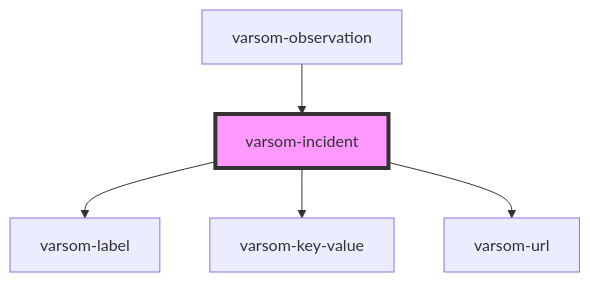
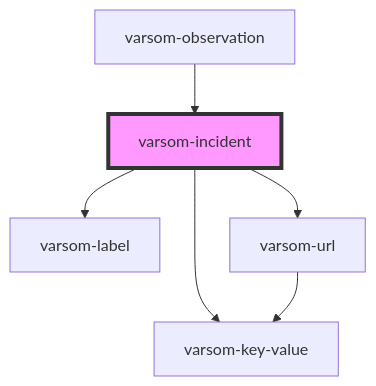
Before and after one commit to NVE/varsom-observation: the diagram in observasjonskort/src/components/varsom-incident/readme.md, drawn with Mermaid. The commit also changed 9 other files, not shown here.

````diff
--- a/observasjonskort/src/components/varsom-incident/readme.md
+++ b/observasjonskort/src/components/varsom-incident/readme.md
@@ -59,8 +59,9 @@
 ```mermaid
 graph TD;
   varsom-incident --> varsom-label
   varsom-incident --> varsom-key-value
   varsom-incident --> varsom-url
+  varsom-url --> varsom-key-value
   varsom-observation --> varsom-incident
   style varsom-incident fill:#f9f,stroke:#333,stroke-width:4px
 ```
````
